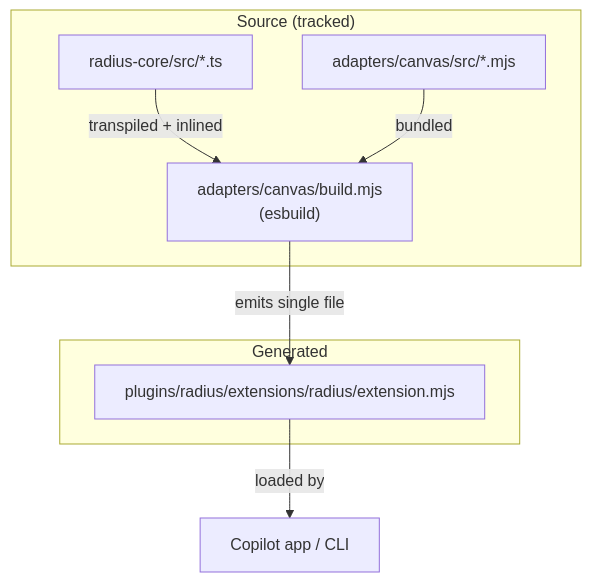
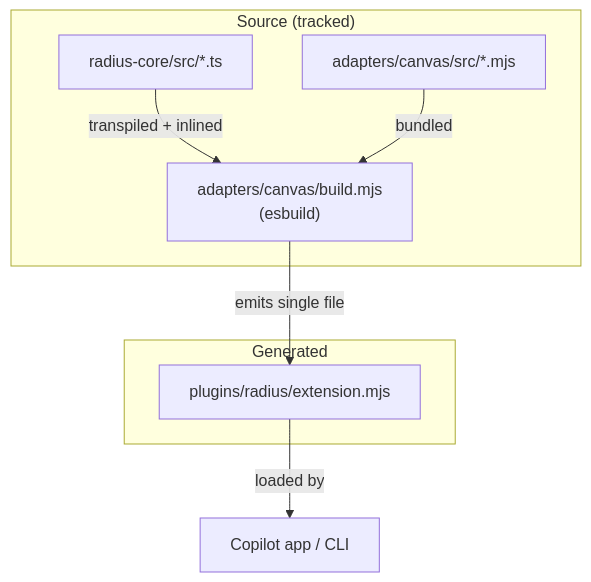
Before and after one commit to radius-project/ai-extensions: the fourth of 5 diagrams in .github/skills/radius-architecture-documenter/references/mermaid-patterns.md, drawn with Mermaid. The commit also changed other lines of this file and 18 other files, not shown here.

````diff
--- a/.github/skills/radius-architecture-documenter/references/mermaid-patterns.md
+++ b/.github/skills/radius-architecture-documenter/references/mermaid-patterns.md
@@ -74,17 +74,17 @@
 ```mermaid
 graph TD
     subgraph Source["Source (tracked)"]
         CoreTS["radius-core/src/*.ts"]
         CanvasSrc["adapters/canvas/src/*.mjs"]
         Build["adapters/canvas/build.mjs<br/>(esbuild)"]
     end
 
     subgraph Output["Generated"]
-        Bundle["plugins/radius/extensions/radius/extension.mjs"]
+        Bundle["plugins/radius/extension.mjs"]
     end
 
     CoreTS -->|transpiled + inlined| Build
     CanvasSrc -->|bundled| Build
     Build -->|emits single file| Bundle
     Bundle -->|loaded by| App["Copilot app / CLI"]
 ```
````
